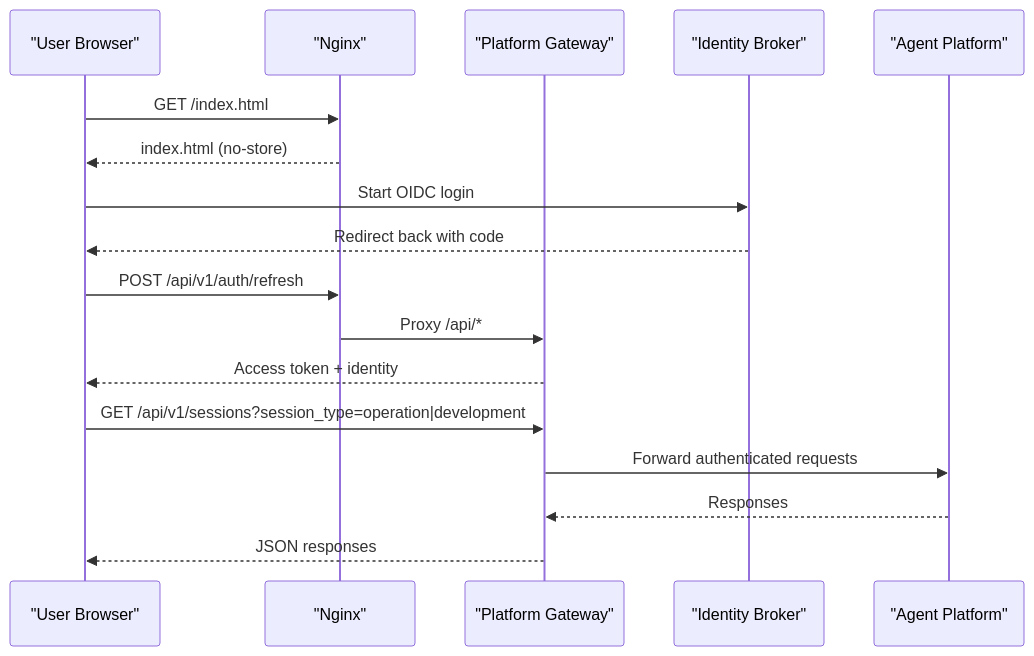
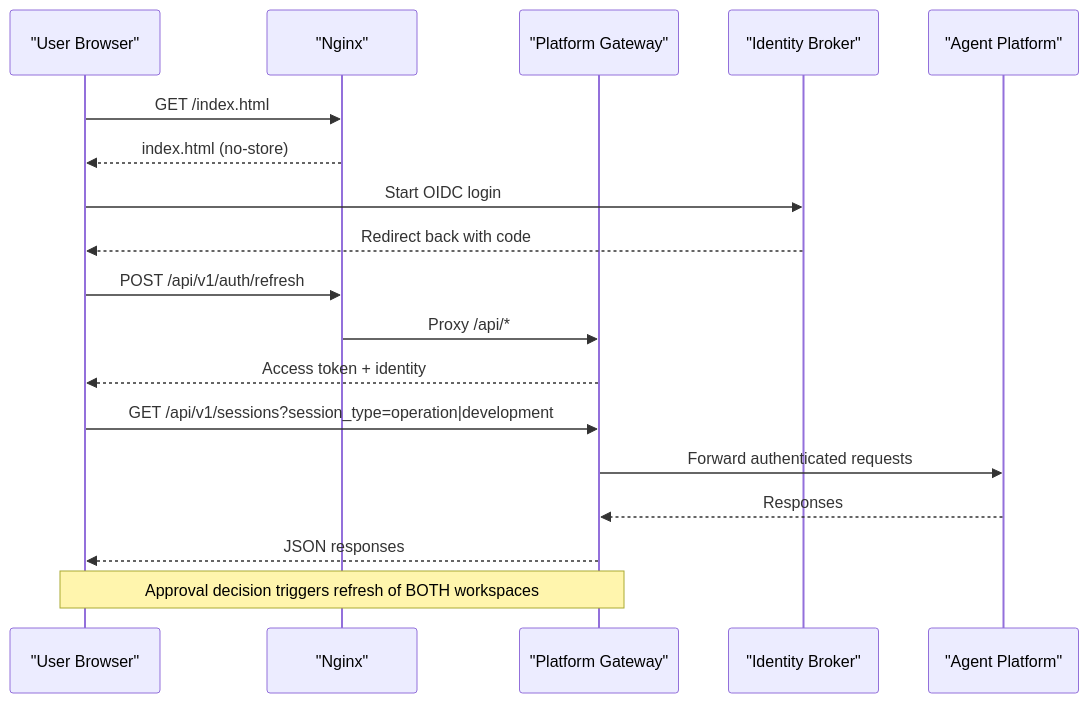
One commit to metasync/luban-aiops changed the second of 16 diagrams in .qoder/repowiki/en/content/Operator Portal.md. Above: the diagram before and after it, drawn with Mermaid. The commit also changed other lines of this file and 4 other files, not shown here.

````diff
--- a/.qoder/repowiki/en/content/Operator Portal.md
+++ b/.qoder/repowiki/en/content/Operator Portal.md
@@ -132,19 +134,20 @@
 ```mermaid
 sequenceDiagram
 participant U as "User Browser"
 participant N as "Nginx"
 participant G as "Platform Gateway"
 participant I as "Identity Broker"
 participant A as "Agent Platform"
 U->>N : GET /index.html
 N-->>U : index.html (no-store)
 U->>I : Start OIDC login
 I-->>U : Redirect back with code
 U->>N : POST /api/v1/auth/refresh
 N->>G : Proxy /api/*
 G-->>U : Access token + identity
 U->>G : GET /api/v1/sessions?session_type=operation|development
 G->>A : Forward authenticated requests
 A-->>G : Responses
 G-->>U : JSON responses
+Note over U,G : Approval decision triggers refresh of BOTH workspaces
 ```
````
